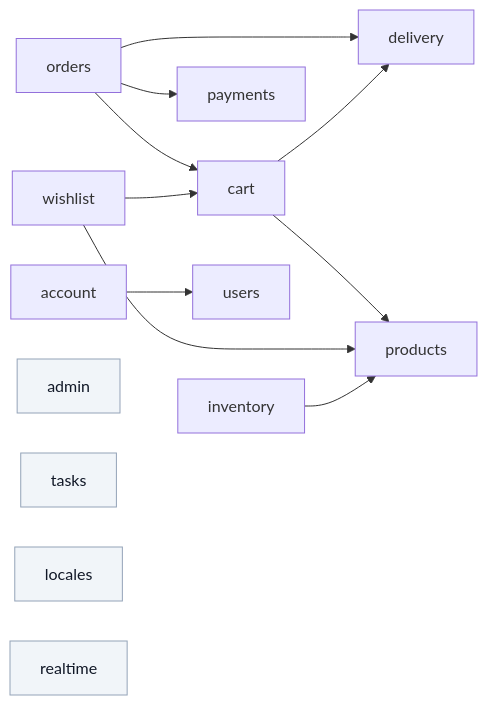
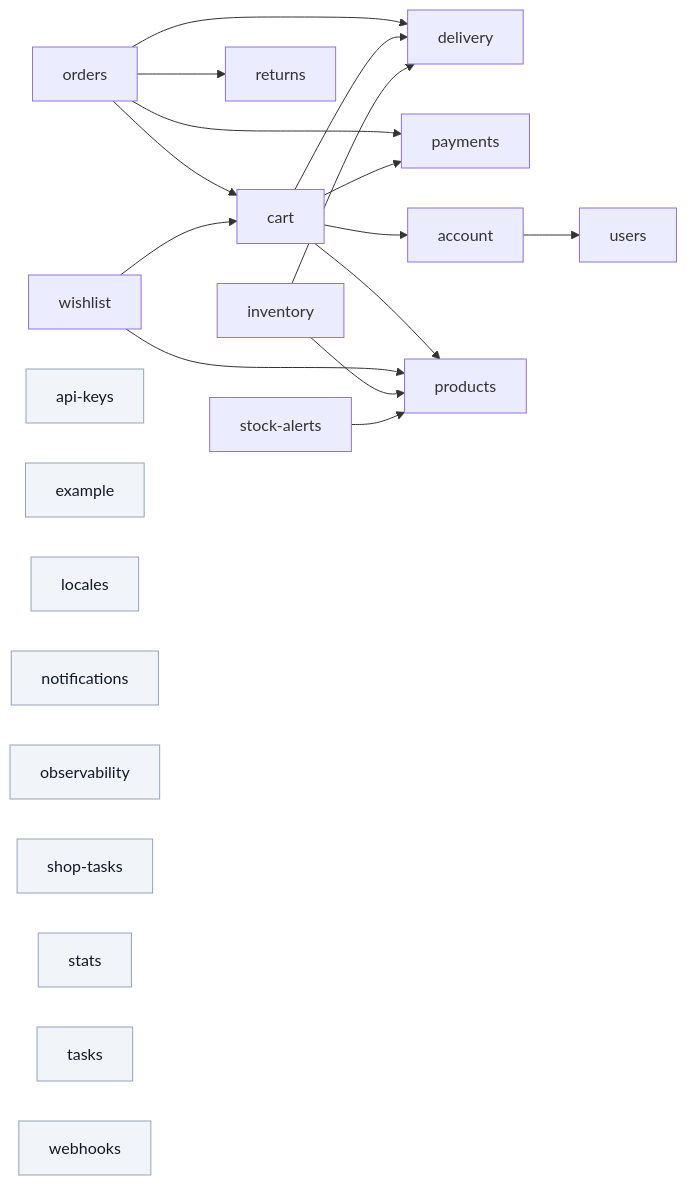
Before and after one commit to Guebbit/boilerplate-vue-frontend: the first of 3 diagrams in docs/theory/layers.md, drawn with Mermaid. The commit also changed other lines of this file and 7 other files, not shown here.

````diff
--- a/docs/theory/layers.md
+++ b/docs/theory/layers.md
@@ -58,20 +58,30 @@
 ```mermaid
 %%{init: {'flowchart': {'nodeSpacing': 40, 'rankSpacing': 50}}}%%
 flowchart LR
     orders --> cart
     orders --> delivery
     orders --> payments
+    orders --> returns
+    cart --> account
     cart --> delivery
+    cart --> payments
     cart --> products
     wishlist --> products
     wishlist --> cart
     inventory --> products
+    inventory --> delivery
+    stock-alerts --> products
     account --> users
 
-    admin:::leaf
+    api-keys:::leaf
+    example:::leaf
+    locales:::leaf
+    notifications:::leaf
+    observability:::leaf
+    shop-tasks:::leaf
+    stats:::leaf
     tasks:::leaf
-    locales:::leaf
-    realtime:::leaf
+    webhooks:::leaf
 
     classDef leaf fill:#f1f5f9,stroke:#94a3b8,color:#111827;
 ```
````
